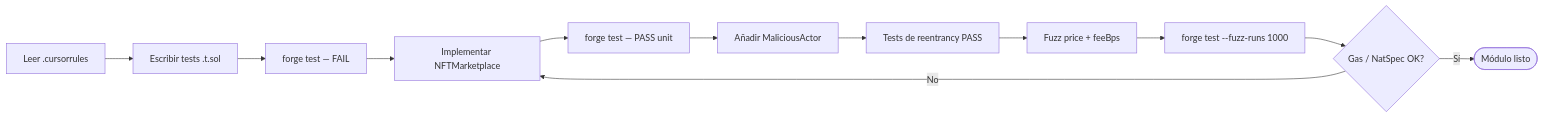
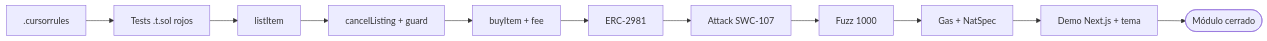
Before and after one commit to rastrahm/nft-marketplace: the fourth of 5 diagrams in doc/flujograma.md, drawn with Mermaid. The commit also changed other lines of this file and 8 other files, not shown here.

Commit message:
Demo Next.js + tema claro/oscuro

````diff
--- a/doc/flujograma.md
+++ b/doc/flujograma.md
@@ -128,14 +118,13 @@
 ```mermaid
 flowchart LR
-    A[Leer .cursorrules] --> B[Escribir tests .t.sol]
-    B --> C[forge test — FAIL]
-    C --> D[Implementar NFTMarketplace]
-    D --> E[forge test — PASS unit]
-    E --> F[Añadir MaliciousActor]
-    F --> G[Tests de reentrancy PASS]
-    G --> H[Fuzz price + feeBps]
-    H --> I[forge test --fuzz-runs 1000]
-    I --> J{Gas / NatSpec OK?}
-    J -->|No| D
-    J -->|Sí| K([Módulo listo])
+    A[.cursorrules] --> B[Tests .t.sol rojos]
+    B --> C[listItem]
+    C --> D[cancelListing + guard]
+    D --> E[buyItem + fee]
+    E --> F[ERC-2981]
+    F --> G[Attack SWC-107]
+    G --> H[Fuzz 1000]
+    H --> I[Gas + NatSpec]
+    I --> J[Demo Next.js + tema]
+    J --> K([Módulo cerrado])
 ```
````
